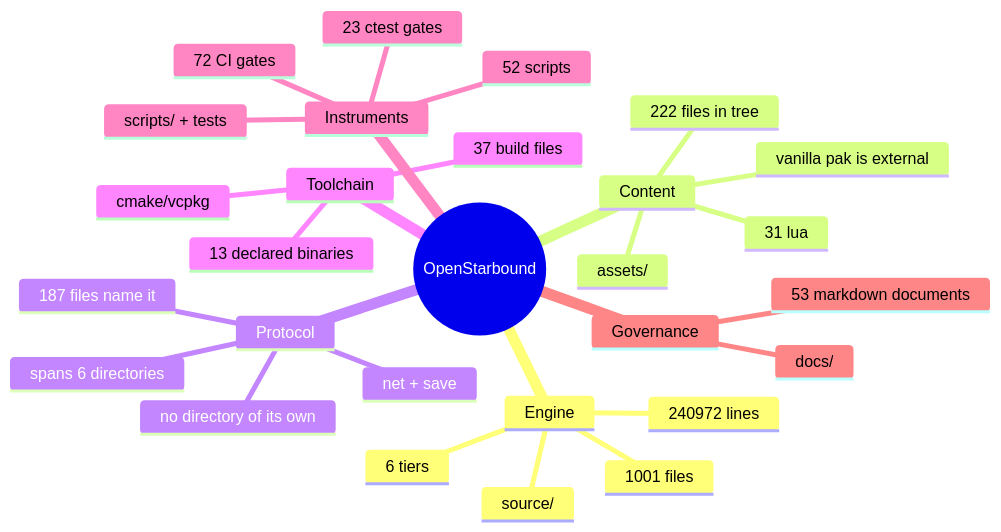
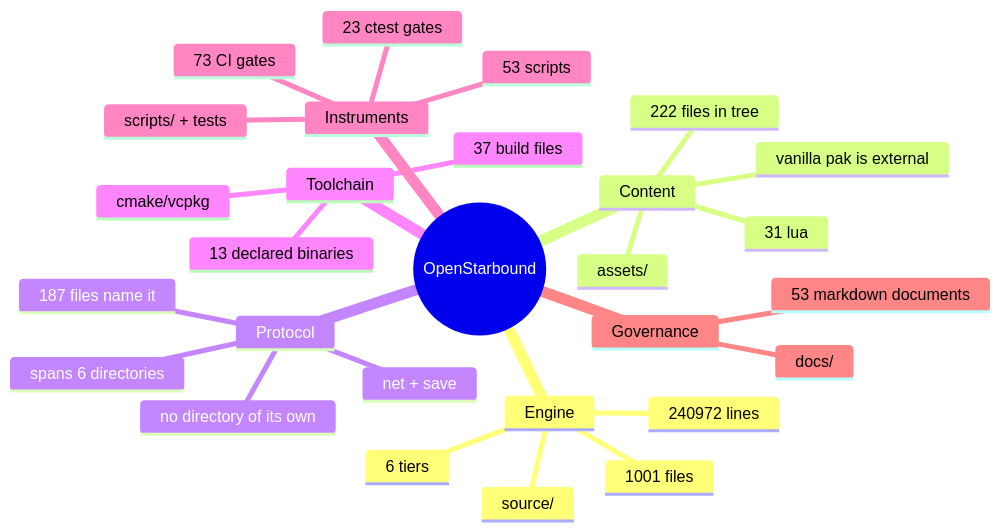
The second of 11 diagrams in docs/architecture/system-boundaries.md (apnex/OpenStarbound), drawn with Mermaid before and after one commit. The commit also changed 5 other files, not shown here.

````diff
--- a/docs/architecture/system-boundaries.md
+++ b/docs/architecture/system-boundaries.md
@@ -166,31 +166,31 @@
 ```mermaid
 mindmap
   root((OpenStarbound))
     Engine
       source/
       1001 files
       240972 lines
       6 tiers
     Content
       assets/
       222 files in tree
       31 lua
       vanilla pak is external
     Protocol
       net + save
       187 files name it
       spans 6 directories
       no directory of its own
     Toolchain
       cmake/vcpkg
       37 build files
       13 declared binaries
     Instruments
       scripts/ + tests
-      52 scripts
+      53 scripts
       23 ctest gates
-      72 CI gates
+      73 CI gates
     Governance
       docs/
       53 markdown documents
 ```
````
